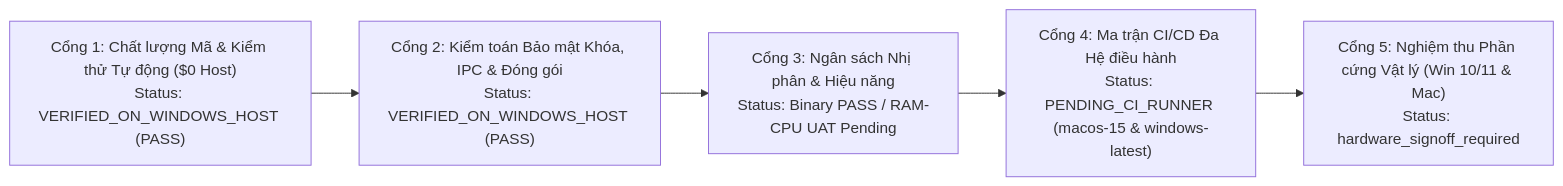
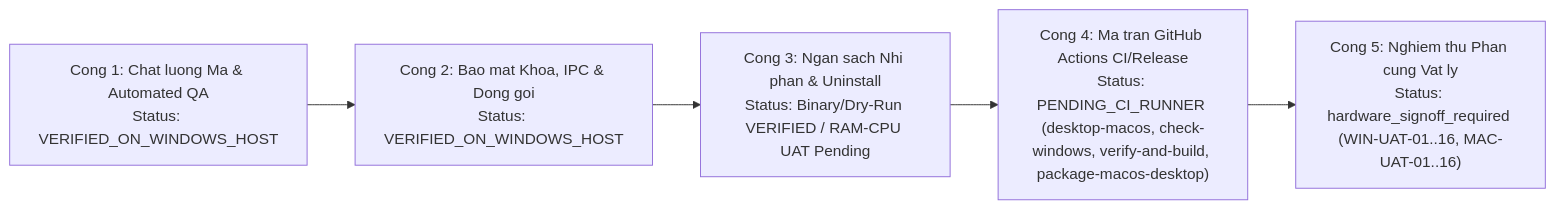
The diagram in docs/06-operations/desktop-gui-go-live-checklist.md (nguyenvando420-spec/mesh-vpn), drawn with Mermaid before and after one commit. The commit also changed other lines of this file and 31 other files, not shown here.

````diff
--- a/docs/06-operations/desktop-gui-go-live-checklist.md
+++ b/docs/06-operations/desktop-gui-go-live-checklist.md
@@ -20,10 +18,10 @@
 ```mermaid
 flowchart LR
-    G1["Cổng 1: Chất lượng Mã & Kiểm thử Tự động ($0 Host)<br/>Status: VERIFIED_ON_WINDOWS_HOST (PASS)"]
-    G2["Cổng 2: Kiểm toán Bảo mật Khóa, IPC & Đóng gói<br/>Status: VERIFIED_ON_WINDOWS_HOST (PASS)"]
-    G3["Cổng 3: Ngân sách Nhị phân & Hiệu năng<br/>Status: Binary PASS / RAM-CPU UAT Pending"]
-    G4["Cổng 4: Ma trận CI/CD Đa Hệ điều hành<br/>Status: PENDING_CI_RUNNER (macos-15 & windows-latest)"]
-    G5["Cổng 5: Nghiệm thu Phần cứng Vật lý (Win 10/11 & Mac)<br/>Status: hardware_signoff_required"]
+    G1["Cong 1: Chat luong Ma & Automated QA\nStatus: VERIFIED_ON_WINDOWS_HOST"]
+    G2["Cong 2: Bao mat Khoa, IPC & Dong goi\nStatus: VERIFIED_ON_WINDOWS_HOST"]
+    G3["Cong 3: Ngan sach Nhi phan & Uninstall\nStatus: Binary/Dry-Run VERIFIED / RAM-CPU UAT Pending"]
+    G4["Cong 4: Ma tran GitHub Actions CI/Release\nStatus: PENDING_CI_RUNNER (desktop-macos, check-windows, verify-and-build, package-macos-desktop)"]
+    G5["Cong 5: Nghiem thu Phan cung Vat ly\nStatus: hardware_signoff_required (WIN-UAT-01..16, MAC-UAT-01..16)"]
 
     G1 --> G2 --> G3 --> G4 --> G5
 ```
````
